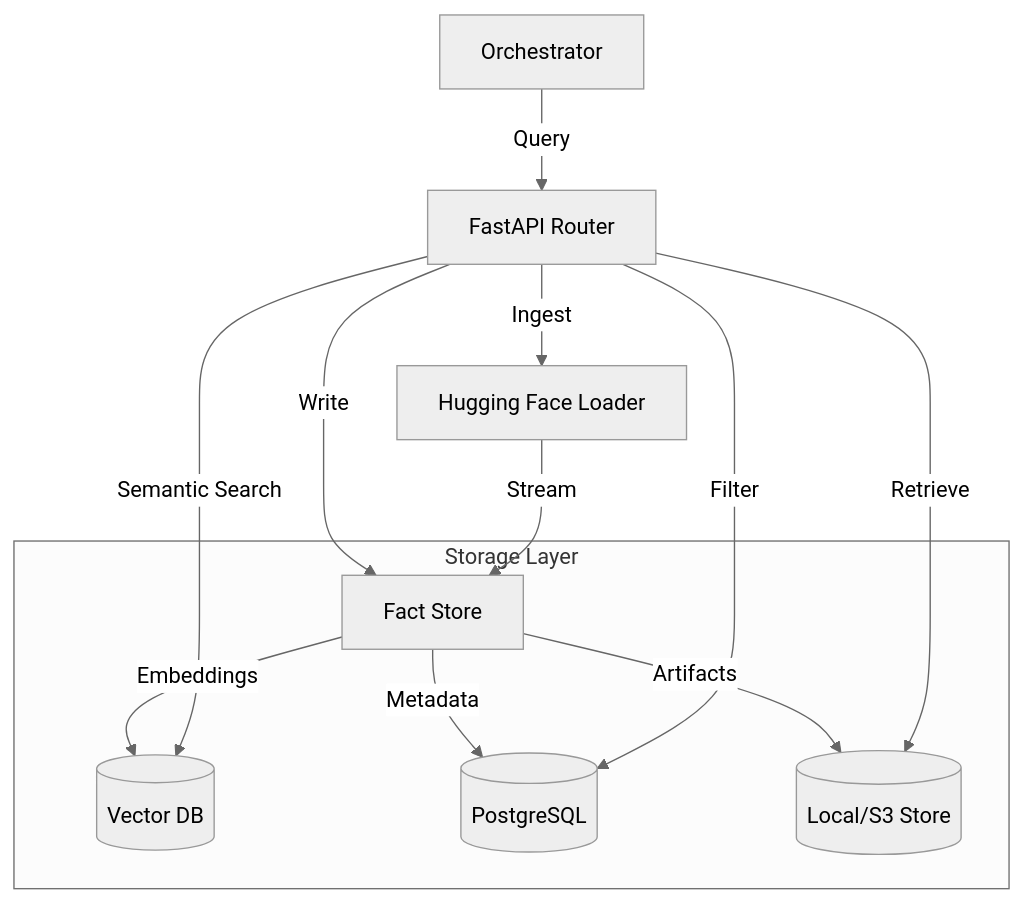
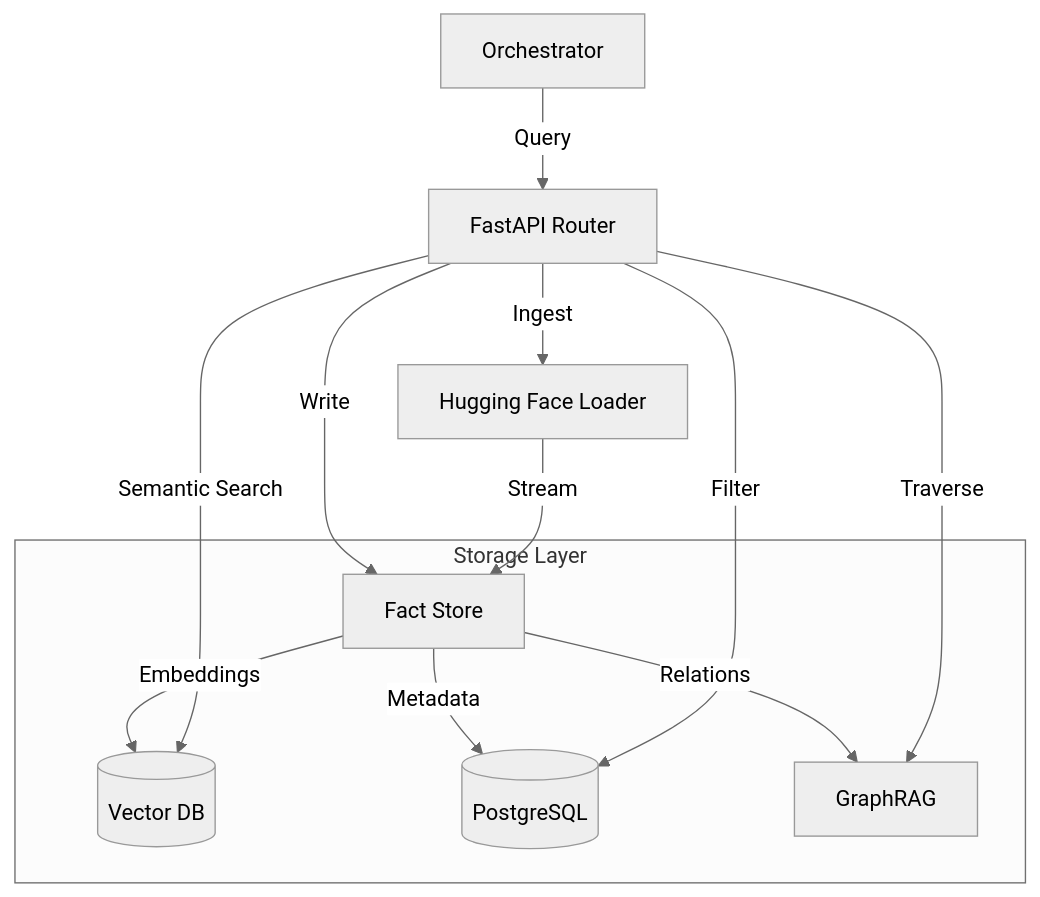
The diagram in services/rag_service/README.md (azzindani/Kea), drawn with Mermaid (neutral theme) before and after one commit. The commit also changed other lines of this file and 21 other files, not shown here.

````diff
--- a/services/rag_service/README.md
+++ b/services/rag_service/README.md
@@ -26,18 +24,18 @@
 ```mermaid
 graph TD
     API[FastAPI Router] -->|Ingest| HF[Hugging Face Loader]
     API -->|Write| FactStore[Fact Store]
     
     HF -->|Stream| FactStore
     
     subgraph "Storage Layer"
         FactStore -->|Embeddings| VectorDB[(Vector DB)]
         FactStore -->|Metadata| PG[(PostgreSQL)]
-        FactStore -->|Artifacts| Files[(Local/S3 Store)]
+        FactStore -->|Relations| Graph[GraphRAG]
     end
     
     Orchestrator[Orchestrator] -->|Query| API
     API -->|Semantic Search| VectorDB
     API -->|Filter| PG
-    API -->|Retrieve| Files
+    API -->|Traverse| Graph
 ```
````
